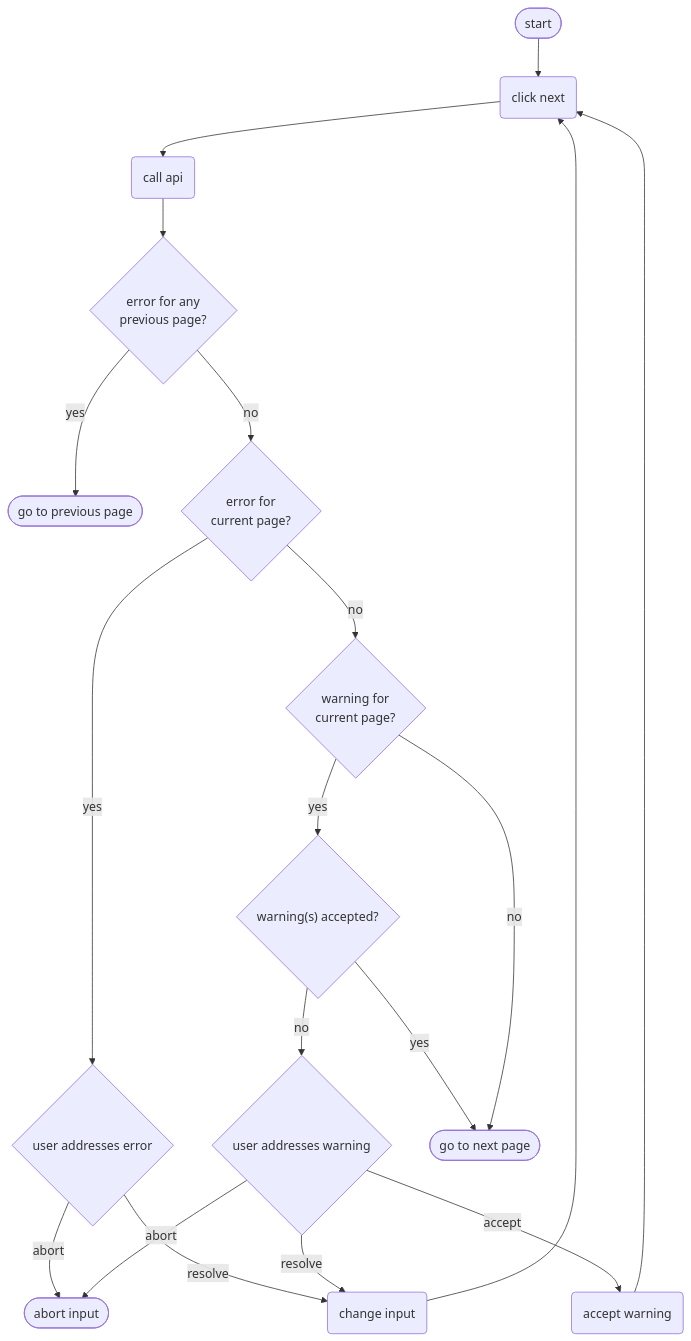
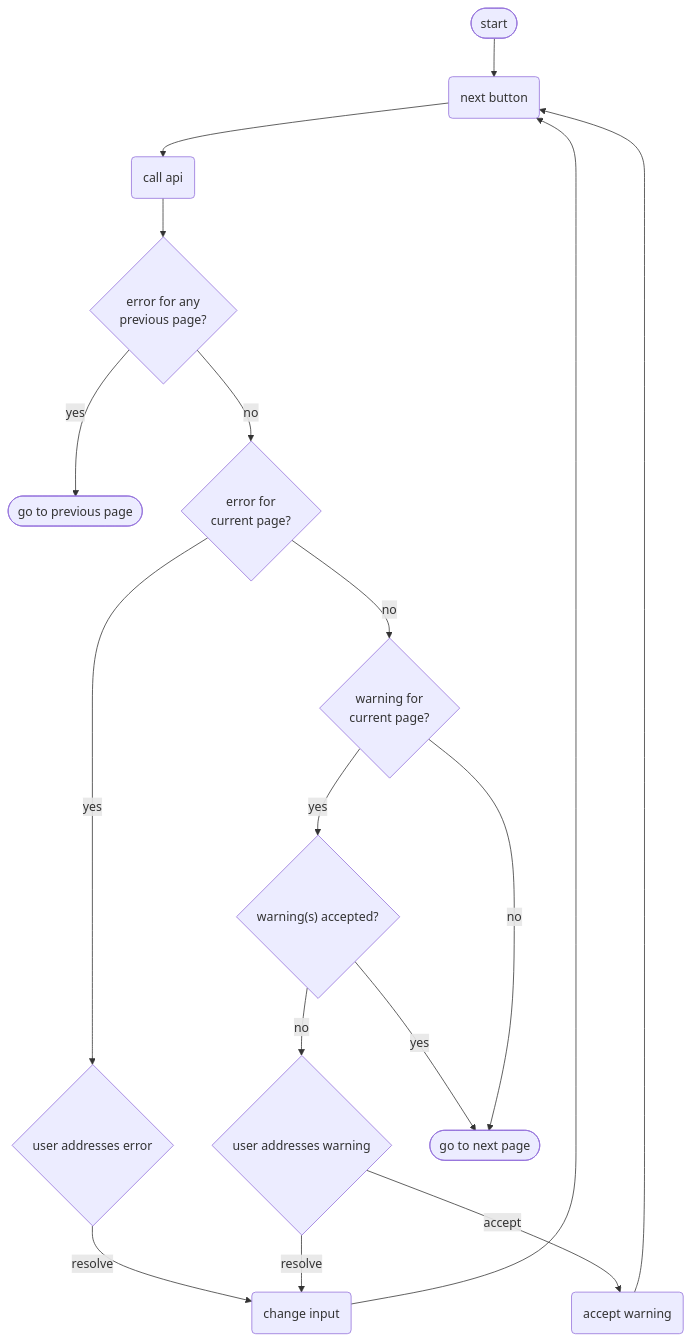
The third of 5 diagrams in documentatie/flowcharts/data-entry-forms.md (kiesraad/abacus), drawn with Mermaid before and after one commit. The commit also changed other lines of this file, not shown here.

Commit message:
Update data entry forms flowchart (#281)

````diff
--- a/documentatie/flowcharts/data-entry-forms.md
+++ b/documentatie/flowcharts/data-entry-forms.md
@@ -117,53 +115,46 @@
 ```mermaid
 flowchart TD
 
     %% elements
     flow-start([start])
     go-to-prev-page([go to previous page])
-    abort-input([abort input])
 
-    error-any-prev-page{"error for any
-        previous page?"}
-    error-cur-page{"error for 
-        current page?"}
-    warning-cur-page{"warning for
-        current page?"}
+    error-any-prev-page{"error for any \n previous page?"}
+    error-cur-page{"error for \n current page?"}
+    warning-cur-page{"warning for \n current page?"}
     warnings-accepted{"warning(s) accepted?"}
     user-addresses-error{user addresses error}
 
     user-addresses-warning{user addresses warning}
 
-    click-next(click next)
+    next-button(next button)
     call-api(call api)
     change-input(change input)
     accept-warning(accept warning)
 
     go-to-next-page([go to next page])
 
     %% flow
-    flow-start --> click-next
-    click-next --> call-api
+    flow-start --> next-button
+    next-button --> call-api
     call-api --> error-any-prev-page
 
     error-any-prev-page -- yes --> go-to-prev-page
 
     error-any-prev-page -- no --> error-cur-page
 
     error-cur-page -- yes --> user-addresses-error
     
-    user-addresses-error -- abort --> abort-input
     user-addresses-error -- resolve --> change-input
-    change-input --> click-next
+    change-input --> next-button
 
     error-cur-page -- no --> warning-cur-page
     warning-cur-page -- yes --> warnings-accepted
     warnings-accepted -- no --> user-addresses-warning
     warnings-accepted -- yes --> go-to-next-page
     user-addresses-warning -- resolve --> change-input
     user-addresses-warning -- accept --> accept-warning
-    accept-warning --> click-next
-    user-addresses-warning -- abort --> abort-input
+    accept-warning --> next-button
 
     warning-cur-page -- no --> go-to-next-page
-
 ```
````
